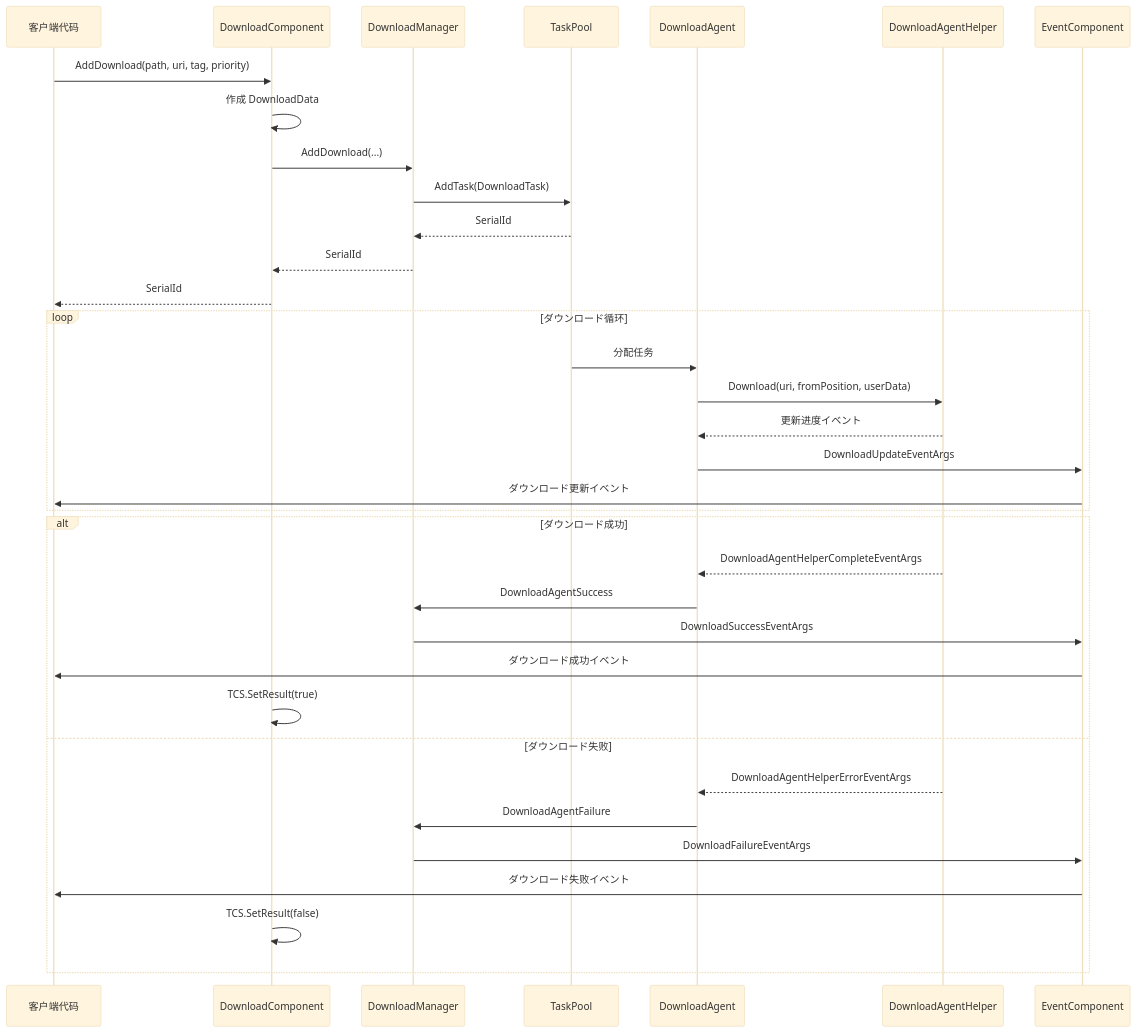
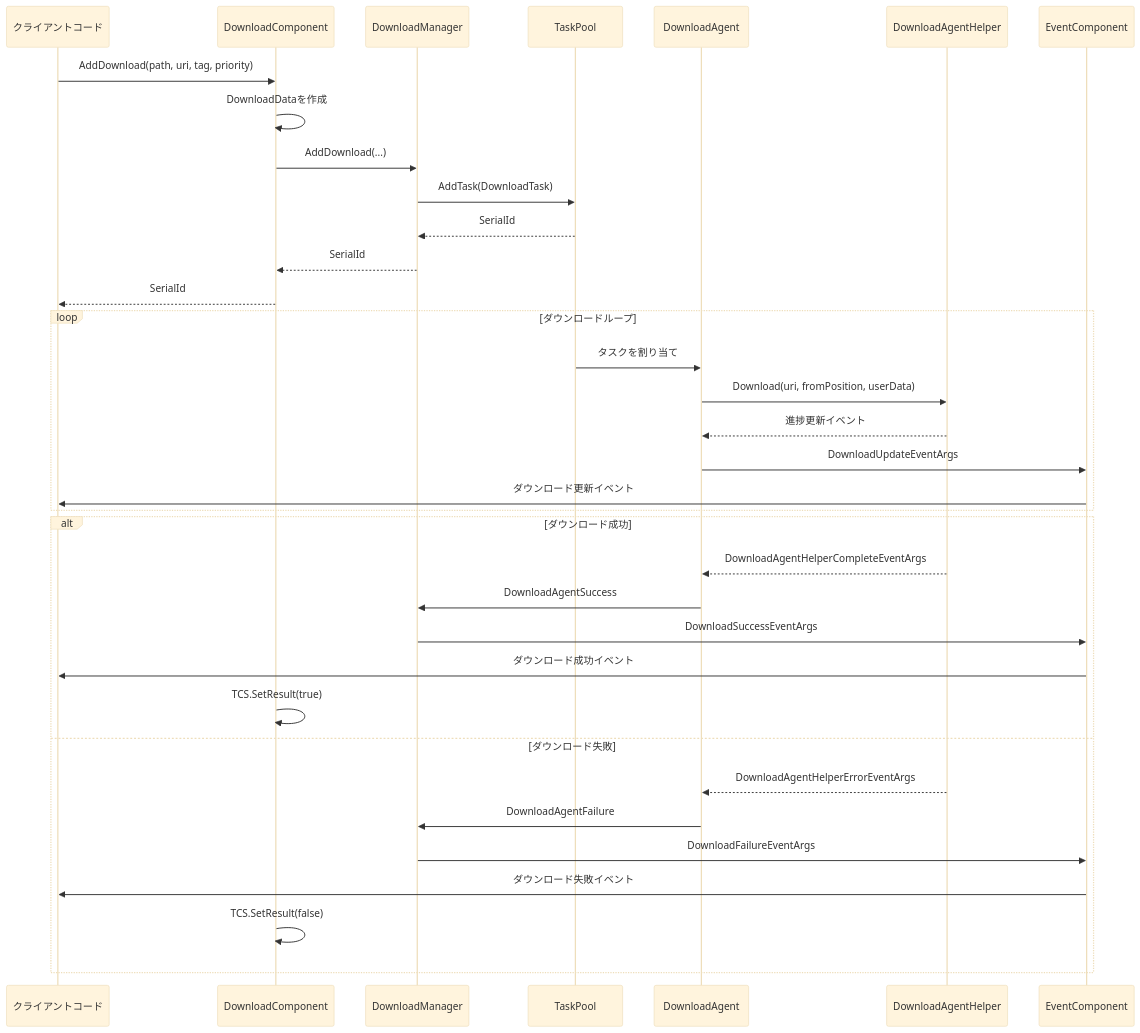
The third of 4 diagrams in docs/ja/client/unity/component/download/08.download-component.md (AlianBlank/GameFrameX.Docs), drawn with Mermaid (base theme) before and after one commit. The commit also changed other lines of this file and 320 other files, not shown here.

````diff
--- a/docs/ja/client/unity/component/download/08.download-component.md
+++ b/docs/ja/client/unity/component/download/08.download-component.md
@@ -225,40 +225,40 @@
 ```mermaid
 sequenceDiagram
-    participant Client as 客户端代码
+    participant Client as クライアントコード
     participant DC as DownloadComponent
     participant DM as DownloadManager
     participant TP as TaskPool
     participant DA as DownloadAgent
     participant DAH as DownloadAgentHelper
     participant EC as EventComponent
 
     Client->>DC: AddDownload(path, uri, tag, priority)
-    DC->>DC: 作成 DownloadData
+    DC->>DC: DownloadDataを作成
     DC->>DM: AddDownload(...)
     DM->>TP: AddTask(DownloadTask)
     TP-->>DM: SerialId
     DM-->>DC: SerialId
     DC-->>Client: SerialId
 
-    loop ダウンロード循环
-        TP->>DA: 分配任务
+    loop ダウンロードループ
+        TP->>DA: タスクを割り当て
         DA->>DAH: Download(uri, fromPosition, userData)
-        DAH-->>DA: 更新进度イベント
+        DAH-->>DA: 進捗更新イベント
         DA->>EC: DownloadUpdateEventArgs
         EC->>Client: ダウンロード更新イベント
     end
 
     alt ダウンロード成功
         DAH-->>DA: DownloadAgentHelperCompleteEventArgs
         DA->>DM: DownloadAgentSuccess
         DM->>EC: DownloadSuccessEventArgs
         EC->>Client: ダウンロード成功イベント
         DC->>DC: TCS.SetResult(true)
-    else ダウンロード失败
+    else ダウンロード失敗
         DAH-->>DA: DownloadAgentHelperErrorEventArgs
         DA->>DM: DownloadAgentFailure
         DM->>EC: DownloadFailureEventArgs
-        EC->>Client: ダウンロード失败イベント
+        EC->>Client: ダウンロード失敗イベント
         DC->>DC: TCS.SetResult(false)
     end
 ```
````
